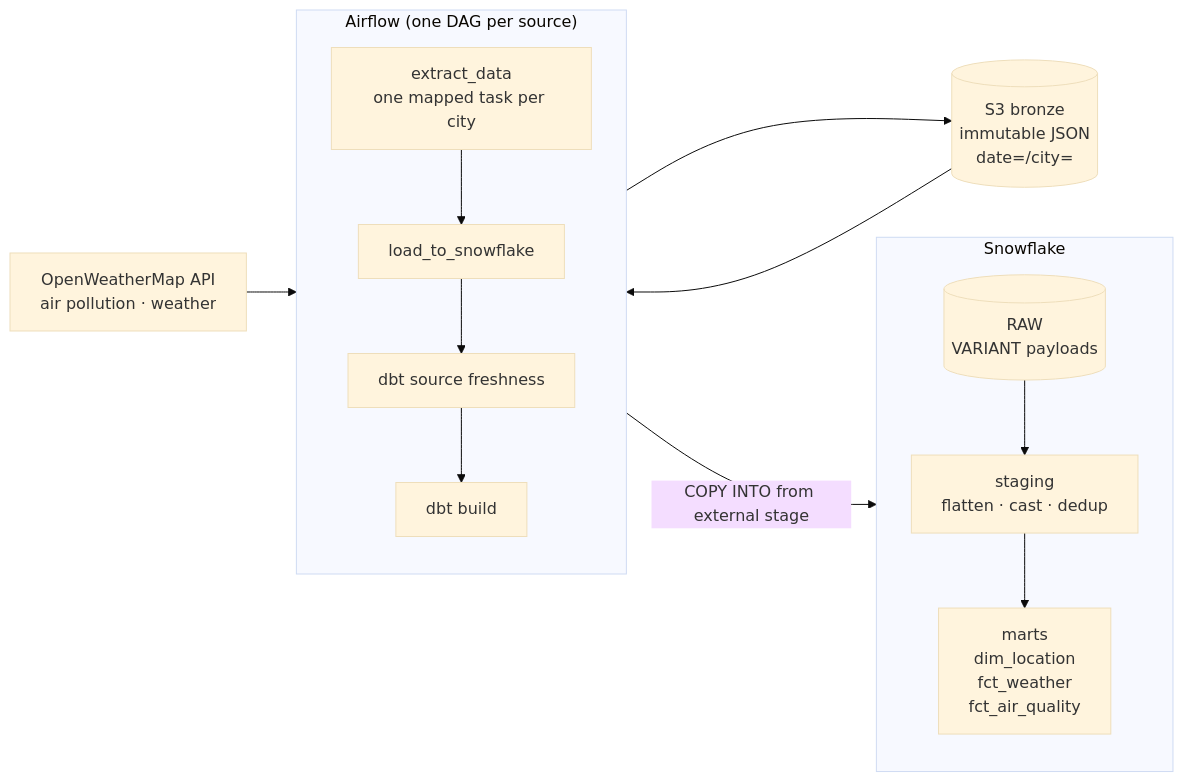
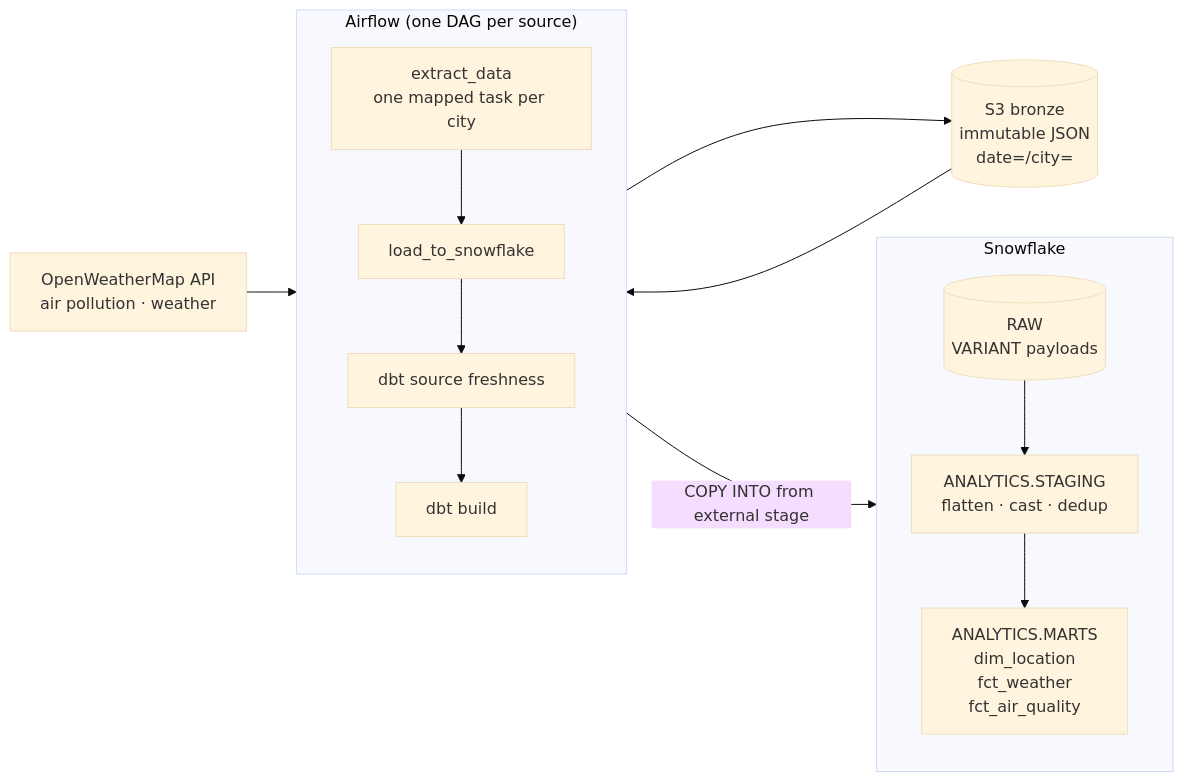
The diagram in README.md (sqisitoo/my_elt_project), drawn with Mermaid (base theme) before and after one commit. The commit also changed other lines of this file and 13 other files, not shown here.

````diff
--- a/README.md
+++ b/README.md
@@ -37,28 +37,28 @@
 ```mermaid
 flowchart LR
     API["OpenWeatherMap API<br/>air pollution · weather"]
 
     subgraph AF["Airflow (one DAG per source)"]
         direction TB
         EX["extract_data<br/>one mapped task per city"]
         LD["load_to_snowflake"]
         FR["dbt source freshness"]
         BD["dbt build"]
         EX --> LD --> FR --> BD
     end
 
     S3[("S3 bronze<br/>immutable JSON<br/>date=/city=")]
 
     subgraph SF["Snowflake"]
         direction TB
         RAW[("RAW<br/>VARIANT payloads")]
-        STG["staging<br/>flatten · cast · dedup"]
-        MART["marts<br/>dim_location<br/>fct_weather<br/>fct_air_quality"]
+        STG["ANALYTICS.STAGING<br/>flatten · cast · dedup"]
+        MART["ANALYTICS.MARTS<br/>dim_location<br/>fct_weather<br/>fct_air_quality"]
         RAW --> STG --> MART
     end
 
     API --> EX
     EX --> S3
     LD -- "COPY INTO from external stage" --> RAW
     S3 --> LD
 ```
````
